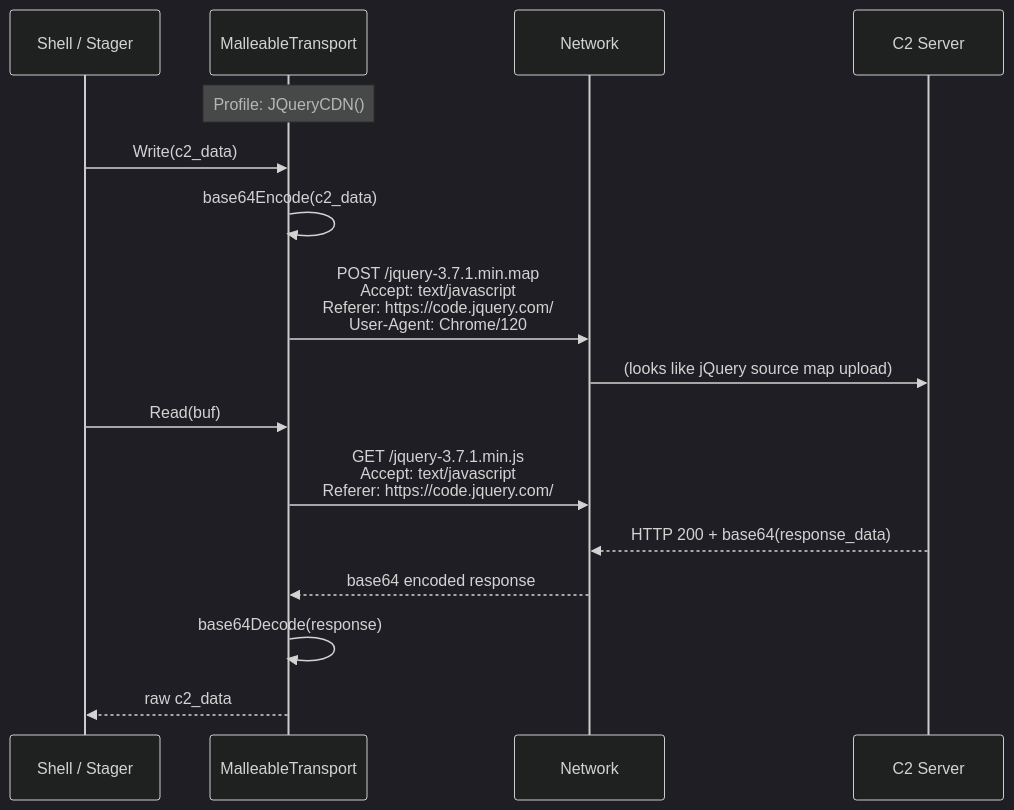
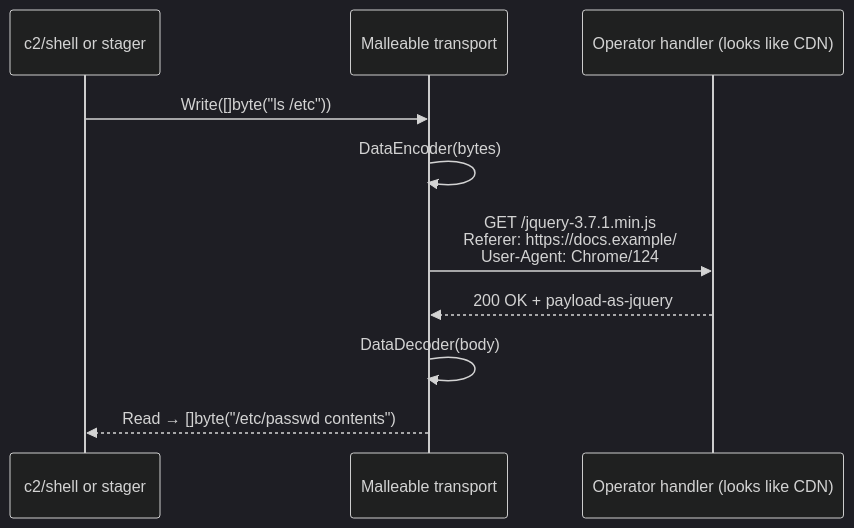
Before and after one commit to oioio-space/maldev: the diagram in docs/techniques/c2/malleable-profiles.md, drawn with Mermaid (dark theme). The commit also changed other lines of this file and 8 other files, not shown here.

````diff
--- a/docs/techniques/c2/malleable-profiles.md
+++ b/docs/techniques/c2/malleable-profiles.md
@@ -22,21 +47,13 @@
 ```mermaid
 sequenceDiagram
-    participant Shell as Shell / Stager
-    participant Mall as MalleableTransport
-    participant Net as Network
-    participant C2 as C2 Server
+    participant Sh as c2/shell or stager
+    participant Mal as Malleable transport
+    participant CDN as Operator handler (looks like CDN)
 
-    Note over Mall: Profile: JQueryCDN()
-
-    Shell->>Mall: Write(c2_data)
-    Mall->>Mall: base64Encode(c2_data)
-    Mall->>Net: POST /jquery-3.7.1.min.map<br/>Accept: text/javascript<br/>Referer: https://code.jquery.com/<br/>User-Agent: Chrome/120
-    Net->>C2: (looks like jQuery source map upload)
-
-    Shell->>Mall: Read(buf)
-    Mall->>Net: GET /jquery-3.7.1.min.js<br/>Accept: text/javascript<br/>Referer: https://code.jquery.com/
-    C2-->>Net: HTTP 200 + base64(response_data)
-    Net-->>Mall: base64 encoded response
-    Mall->>Mall: base64Decode(response)
-    Mall-->>Shell: raw c2_data
+    Sh->>Mal: Write([]byte("ls /etc"))
+    Mal->>Mal: DataEncoder(bytes)
+    Mal->>CDN: GET /jquery-3.7.1.min.js<br/>Referer: https://docs.example/<br/>User-Agent: Chrome/124
+    CDN-->>Mal: 200 OK + payload-as-jquery
+    Mal->>Mal: DataDecoder(body)
+    Mal-->>Sh: Read → []byte("/etc/passwd contents")
 ```
````
